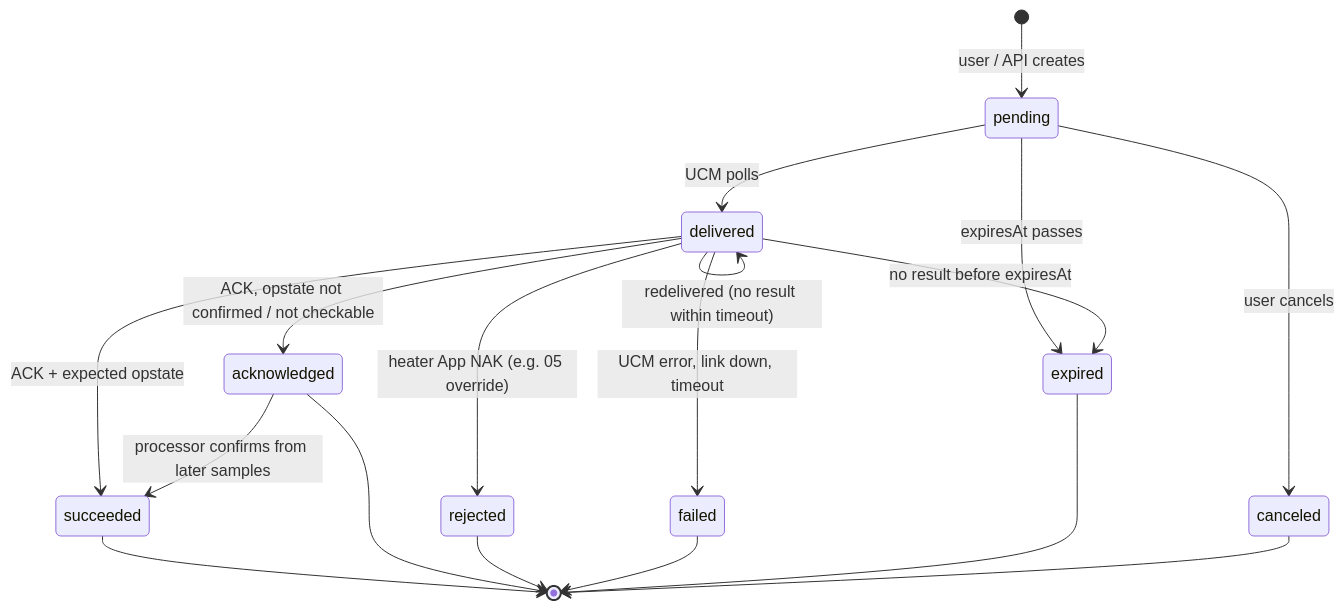
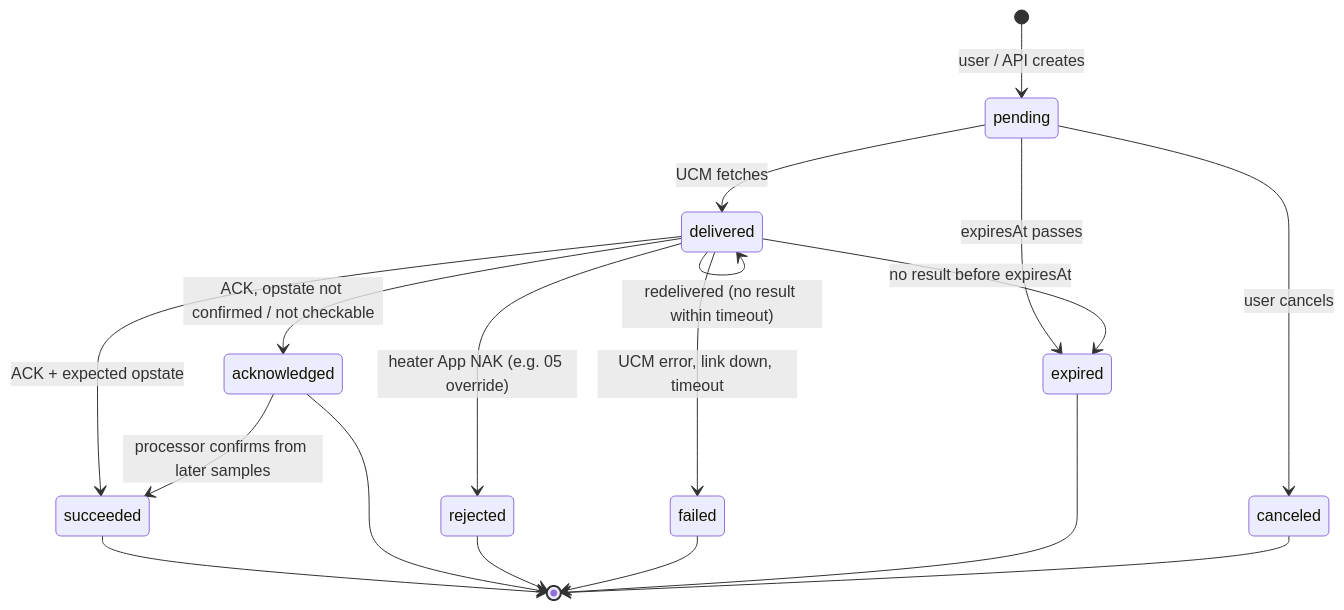
Before and after one commit to jrowe88/ecoport-bridge: the fifth of 5 diagrams in docs/architecture.md, drawn with Mermaid. The commit also changed other lines of this file and 33 other files, not shown here.

First line of the commit message:
Switch firmware to Rust on ESP-IDF; update architecture plan

````diff
--- a/docs/architecture.md
+++ b/docs/architecture.md
@@ -512,20 +549,20 @@
 ```mermaid
 stateDiagram-v2
     [*] --> pending: user / API creates
-    pending --> delivered: UCM polls
+    pending --> delivered: UCM fetches
     pending --> canceled: user cancels
     pending --> expired: expiresAt passes
     delivered --> delivered: redelivered (no result within timeout)
     delivered --> succeeded: ACK + expected opstate
     delivered --> acknowledged: ACK, opstate not confirmed / not checkable
     delivered --> rejected: heater App NAK (e.g. 05 override)
     delivered --> failed: UCM error, link down, timeout
     delivered --> expired: no result before expiresAt
     acknowledged --> succeeded: processor confirms from later samples
     succeeded --> [*]
     acknowledged --> [*]
     rejected --> [*]
     failed --> [*]
     expired --> [*]
     canceled --> [*]
 ```
````
